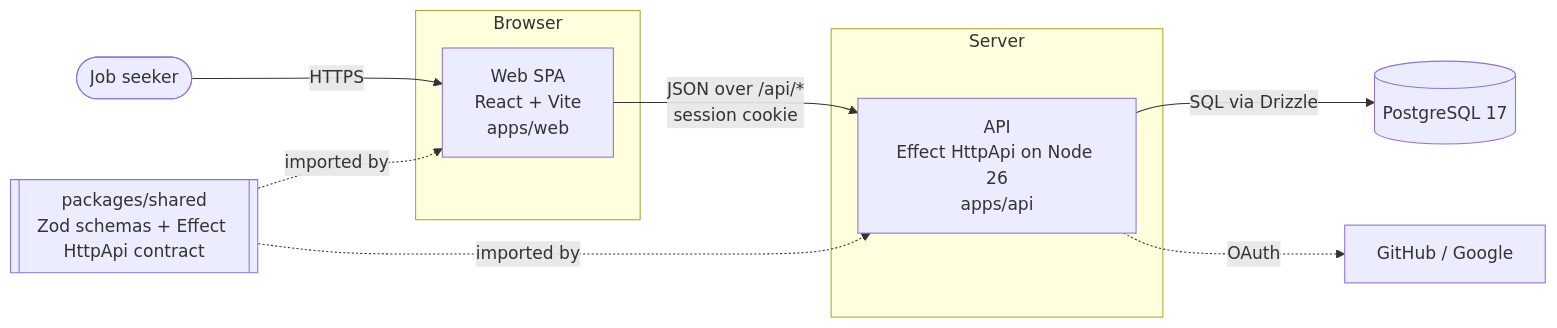
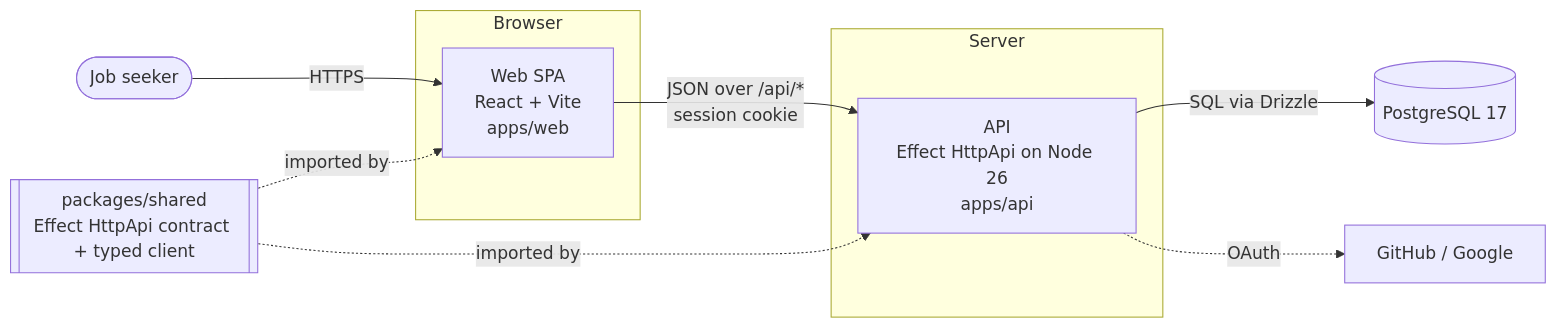
The first of 6 diagrams in docs/architecture.md (brianpatterson/interview-app), drawn with Mermaid before and after one commit. The commit also changed other lines of this file and 19 other files, not shown here.

First line of the commit message:
feat(web): call the API through the typed Effect client, remove the Zod contract (step 5) (#40)

````diff
--- a/docs/architecture.md
+++ b/docs/architecture.md
@@ -34,20 +34,20 @@
 ```mermaid
 flowchart LR
   user([Job seeker]) -->|HTTPS| web
 
   subgraph Browser
     web[Web SPA<br/>React + Vite<br/>apps/web]
   end
 
   subgraph Server
     api[API<br/>Effect HttpApi on Node 26<br/>apps/api]
   end
 
   db[(PostgreSQL 17)]
 
   web -->|JSON over /api/*<br/>session cookie| api
   api -->|SQL via Drizzle| db
   api -.OAuth.-> idp[GitHub / Google]
-  shared[[packages/shared<br/>Zod schemas + Effect HttpApi contract]] -.imported by.-> web
+  shared[[packages/shared<br/>Effect HttpApi contract + typed client]] -.imported by.-> web
   shared -.imported by.-> api
 ```
````
